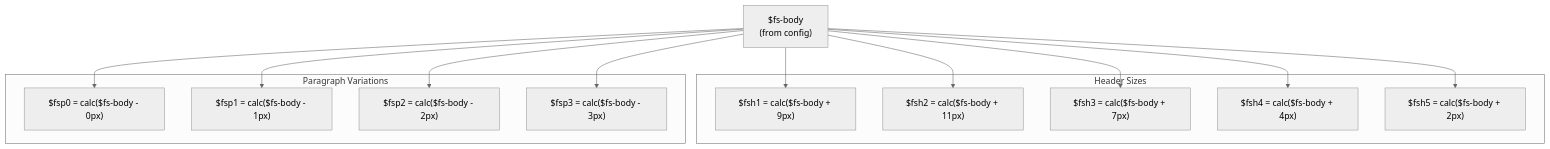
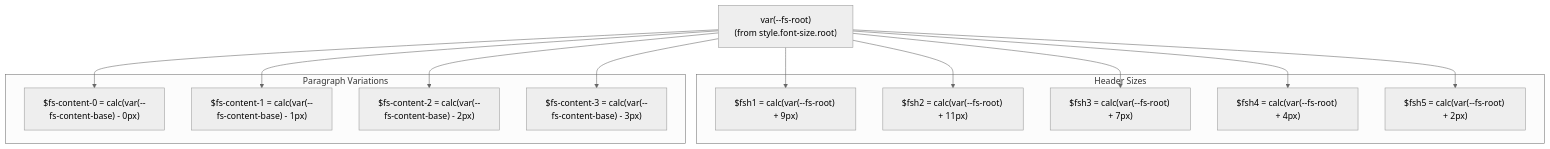
The third of 7 diagrams in docs/knowledge/01-样式系统/design-tokens.md (xaoxuu/hexo-theme-stellar), drawn with Mermaid (neutral theme) before and after one commit. The commit also changed other lines of this file and 41 other files, not shown here.

````diff
--- a/docs/knowledge/01-样式系统/design-tokens.md
+++ b/docs/knowledge/01-样式系统/design-tokens.md
@@ -154,29 +154,29 @@
 ```mermaid
 graph TB
-    FSBODY["$fs-body<br/>(from config)"]
+    FSROOT["var(--fs-root)<br/>(from style.font-size.root)"]
     
     subgraph "Header Sizes"
-        FSH1["$fsh1 = calc($fs-body + 9px)"]
-        FSH2["$fsh2 = calc($fs-body + 11px)"]
-        FSH3["$fsh3 = calc($fs-body + 7px)"]
-        FSH4["$fsh4 = calc($fs-body + 4px)"]
-        FSH5["$fsh5 = calc($fs-body + 2px)"]
+        FSH1["$fsh1 = calc(var(--fs-root) + 9px)"]
+        FSH2["$fsh2 = calc(var(--fs-root) + 11px)"]
+        FSH3["$fsh3 = calc(var(--fs-root) + 7px)"]
+        FSH4["$fsh4 = calc(var(--fs-root) + 4px)"]
+        FSH5["$fsh5 = calc(var(--fs-root) + 2px)"]
     end
     
     subgraph "Paragraph Variations"
-        FSP0["$fsp0 = calc($fs-body - 0px)"]
-        FSP1["$fsp1 = calc($fs-body - 1px)"]
-        FSP2["$fsp2 = calc($fs-body - 2px)"]
-        FSP3["$fsp3 = calc($fs-body - 3px)"]
+        FSP0["$fs-content-0 = calc(var(--fs-content-base) - 0px)"]
+        FSP1["$fs-content-1 = calc(var(--fs-content-base) - 1px)"]
+        FSP2["$fs-content-2 = calc(var(--fs-content-base) - 2px)"]
+        FSP3["$fs-content-3 = calc(var(--fs-content-base) - 3px)"]
     end
     
-    FSBODY --> FSH1
-    FSBODY --> FSH2
-    FSBODY --> FSH3
-    FSBODY --> FSH4
-    FSBODY --> FSH5
-    FSBODY --> FSP0
-    FSBODY --> FSP1
-    FSBODY --> FSP2
-    FSBODY --> FSP3
+    FSROOT --> FSH1
+    FSROOT --> FSH2
+    FSROOT --> FSH3
+    FSROOT --> FSH4
+    FSROOT --> FSH5
+    FSROOT --> FSP0
+    FSROOT --> FSP1
+    FSROOT --> FSP2
+    FSROOT --> FSP3
 ```
````
